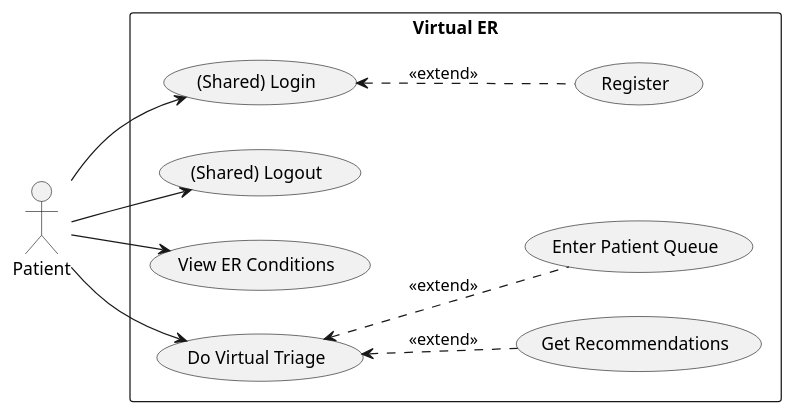
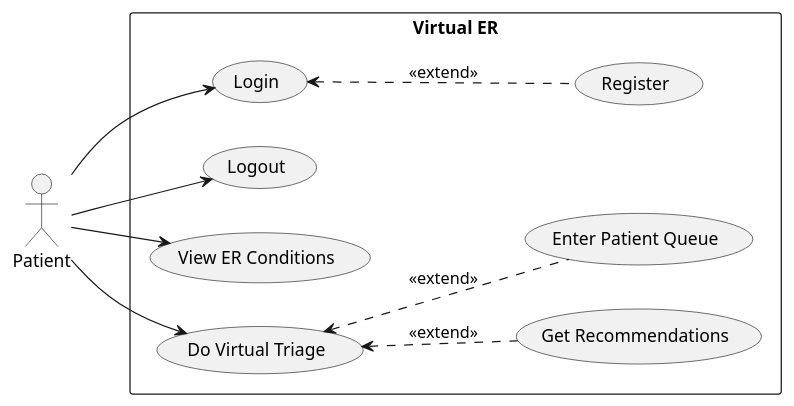
One commit to SENG-350-2024-fall/Group2 changed the diagram in milestone_1/use_case_diagrams/patient/src.puml. Above: the diagram before and after it, drawn with PlantUML.

Commit message:
Update src.puml for consistency

```diff
--- a/milestone_1/use_case_diagrams/patient/src.puml
+++ b/milestone_1/use_case_diagrams/patient/src.puml
@@ -1,20 +1,20 @@
 @startuml plantuml
 left to right direction
 :Patient: as p
 rectangle "Virtual ER" {
-  usecase "(Shared) Login" as login
+  usecase "Login" as login
   (Register) as reg
-  usecase "(Shared) Logout" as logout
+  usecase "Logout" as logout
   (View ER Conditions) as view_er
   (Do Virtual Triage) as triage
   (Get Recommendations) as get_rec
   (Enter Patient Queue) as queue
 }
 p --> login
 p --> logout
 p --> view_er
 p --> triage
 login <.. reg : <<extend>>
 triage <.. get_rec: <<extend>>
 triage <.. queue : <<extend>>
 @enduml
```
